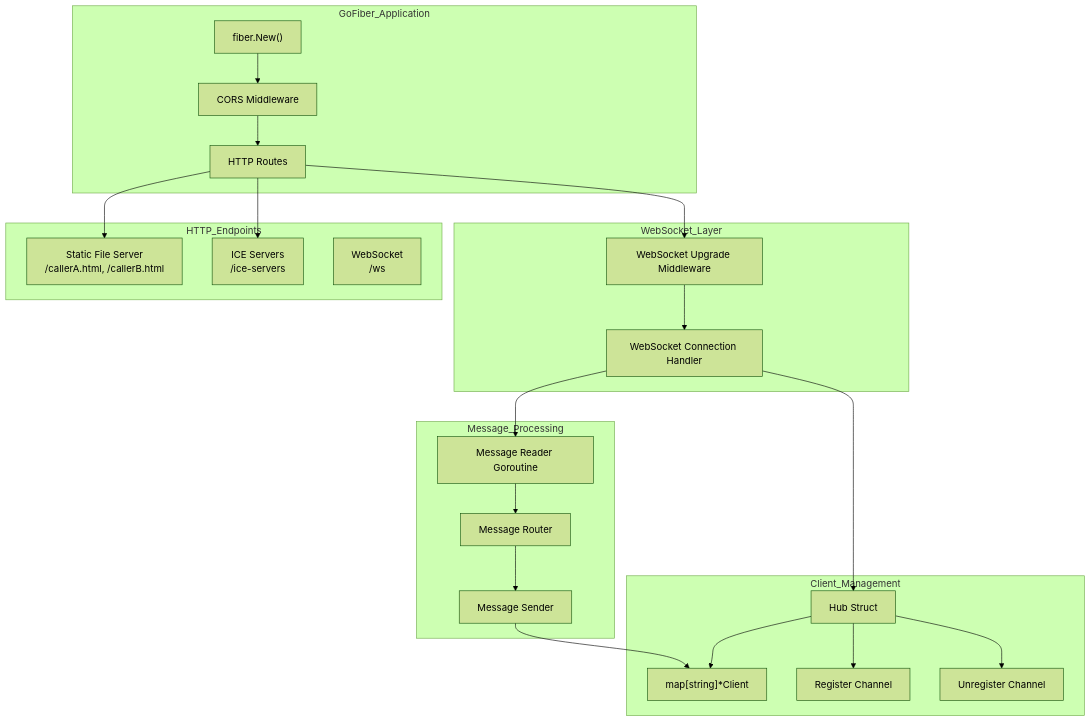
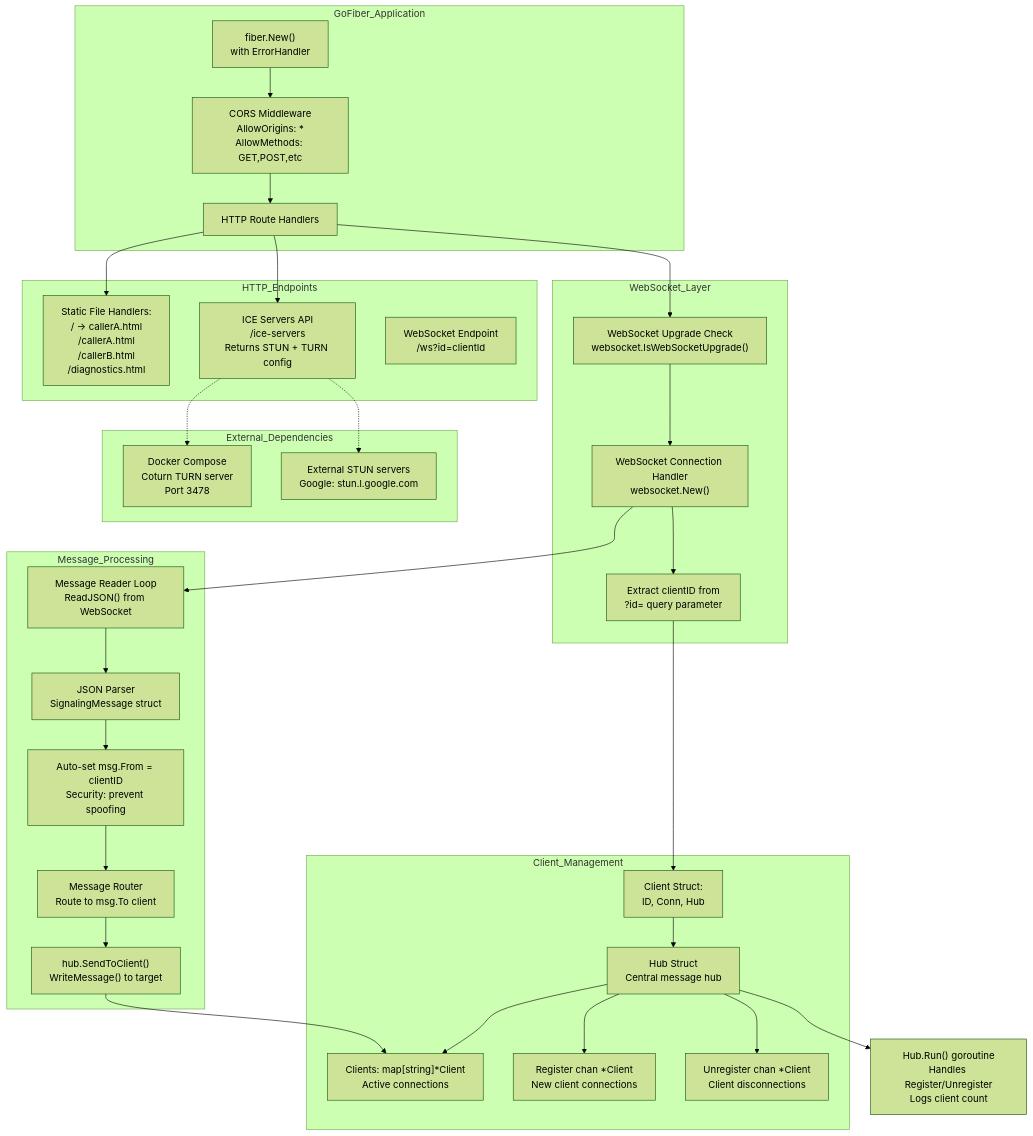
The fifth of 10 diagrams in MERMAID_DIAGRAMS.md (raihandotmd/webrtc-call), drawn with Mermaid (forest theme) before and after one commit. The commit also changed other lines of this file, not shown here.

Commit message:
Enhance Mermaid diagrams for WebRTC documentation with detailed client IDs, improved ICE handling, and added TURN server integration

````diff
--- a/MERMAID_DIAGRAMS.md
+++ b/MERMAID_DIAGRAMS.md
@@ -221,49 +327,67 @@
 ```mermaid
 graph TB
     subgraph GoFiber_Application
-        App["fiber.New()"]
-        CORS["CORS Middleware"]
-        Routes["HTTP Routes"]
+        App["fiber.New()<br/>with ErrorHandler"]
+        CORS["CORS Middleware<br/>AllowOrigins: *<br/>AllowMethods: GET,POST,etc"]
+        Routes["HTTP Route Handlers"]
     end
 
     subgraph WebSocket_Layer
-        WSMiddleware["WebSocket Upgrade Middleware"]
-        WSHandler["WebSocket Connection Handler"]
+        WSMiddleware["WebSocket Upgrade Check<br/>websocket.IsWebSocketUpgrade()"]
+        WSHandler["WebSocket Connection Handler<br/>websocket.New()"]
+        QueryParam["Extract clientID from<br/>?id= query parameter"]
     end
 
     subgraph Client_Management
-        Hub["Hub Struct"]
-        Clients["map[string]*Client"]
-        Register["Register Channel"]
-        Unregister["Unregister Channel"]
+        Hub["Hub Struct<br/>Central message hub"]
+        Clients["Clients: map[string]*Client<br/>Active connections"]
+        Register["Register chan *Client<br/>New client connections"]
+        Unregister["Unregister chan *Client<br/>Client disconnections"]
+        ClientStruct["Client Struct:<br/>ID, Conn, Hub"]
     end
 
     subgraph Message_Processing
-        Reader["Message Reader Goroutine"]
-        Router["Message Router"]
-        Sender["Message Sender"]
+        Reader["Message Reader Loop<br/>ReadJSON() from WebSocket"]
+        Parser["JSON Parser<br/>SignalingMessage struct"]
+        FromSetter["Auto-set msg.From = clientID<br/>Security: prevent spoofing"]
+        Router["Message Router<br/>Route to msg.To client"]
+        Sender["hub.SendToClient()<br/>WriteMessage() to target"]
     end
 
     subgraph HTTP_Endpoints
-        Static["Static File Server\n/callerA.html, /callerB.html"]
-        ICEEndpoint["ICE Servers\n/ice-servers"]
-        WSEndpoint["WebSocket\n/ws"]
+        Static["Static File Handlers:<br/>/ → callerA.html<br/>/callerA.html<br/>/callerB.html<br/>/diagnostics.html"]
+        ICEEndpoint["ICE Servers API<br/>/ice-servers<br/>Returns STUN + TURN config"]
+        WSEndpoint["WebSocket Endpoint<br/>/ws?id=clientId"]
+    end
+
+    subgraph External_Dependencies
+        Docker["Docker Compose<br/>Coturn TURN server<br/>Port 3478"]
+        STUN["External STUN servers<br/>Google: stun.l.google.com"]
     end
 
     App --> CORS
     CORS --> Routes
     Routes --> Static
     Routes --> ICEEndpoint
     Routes --> WSMiddleware
 
     WSMiddleware --> WSHandler
-    WSHandler --> Hub
+    WSHandler --> QueryParam
+    QueryParam --> ClientStruct
+    ClientStruct --> Hub
     Hub --> Clients
     Hub --> Register
     Hub --> Unregister
 
     WSHandler --> Reader
-    Reader --> Router
+    Reader --> Parser
+    Parser --> FromSetter
+    FromSetter --> Router
     Router --> Sender
     Sender --> Clients
+
+    ICEEndpoint -.-> Docker
+    ICEEndpoint -.-> STUN
+
+    Hub --> HubLoop["Hub.Run() goroutine<br/>Handles Register/Unregister<br/>Logs client count"]
 ```
````
